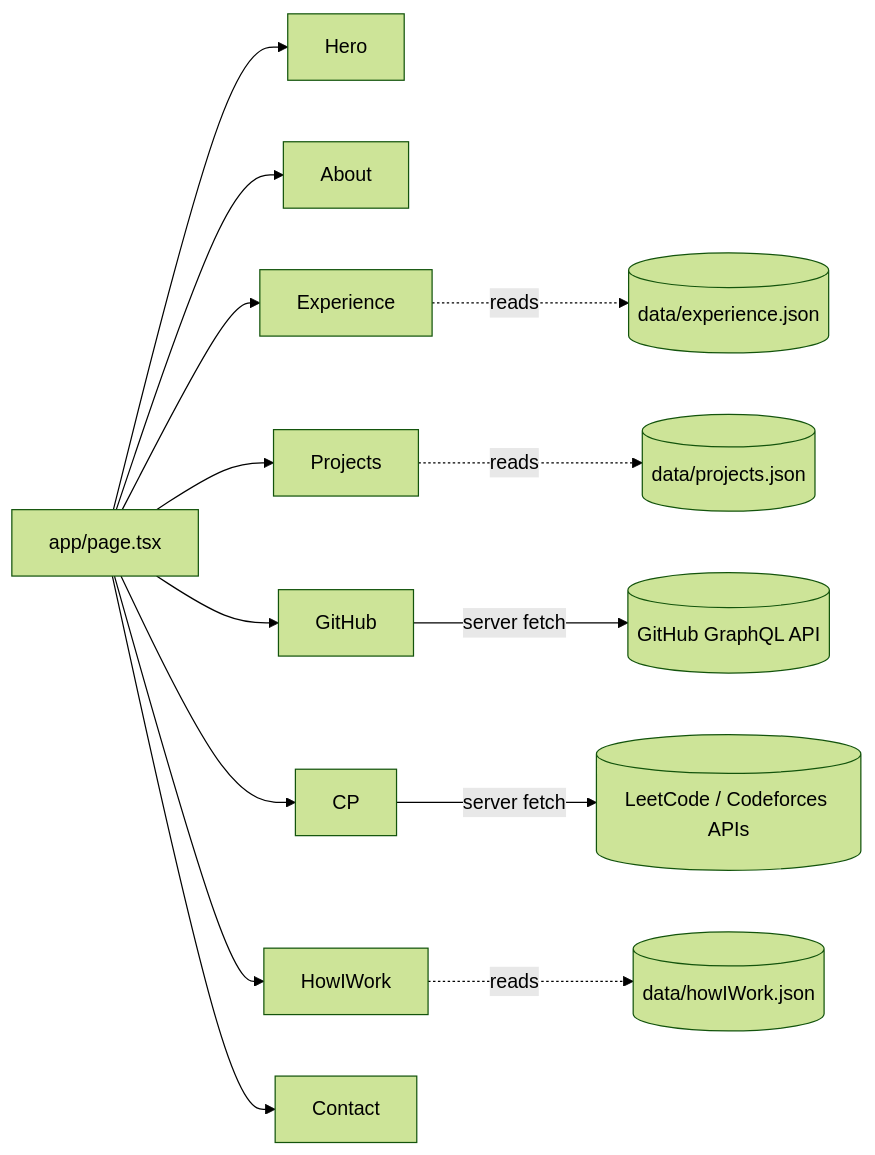
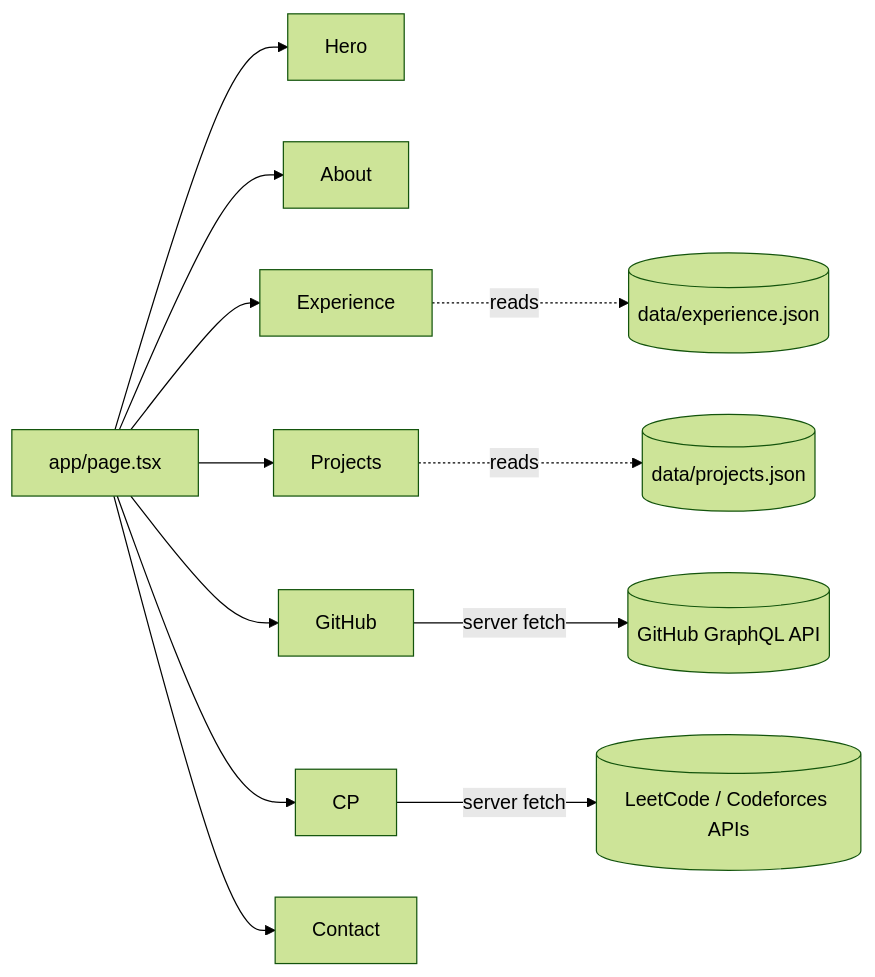
Before and after one commit to AdityaKumar1511/portfolio_: the diagram in README.md, drawn with Mermaid (forest theme). The commit also changed other lines of this file and 11 other files, not shown here.

````diff
--- a/README.md
+++ b/README.md
@@ -59,18 +59,16 @@
 ```mermaid
 flowchart LR
     A[app/page.tsx] --> B[Hero]
     A --> C[About]
     A --> D[Experience]
     A --> E[Projects]
     A --> F[GitHub]
     A --> G[CP]
-    A --> H[HowIWork]
-    A --> I[Contact]
+    A --> H[Contact]
 
     E -.reads.-> J[(data/projects.json)]
     D -.reads.-> K[(data/experience.json)]
-    H -.reads.-> L[(data/howIWork.json)]
 
     F -->|server fetch| M[(GitHub GraphQL API)]
     G -->|server fetch| N[(LeetCode / Codeforces APIs)]
 ```
````
